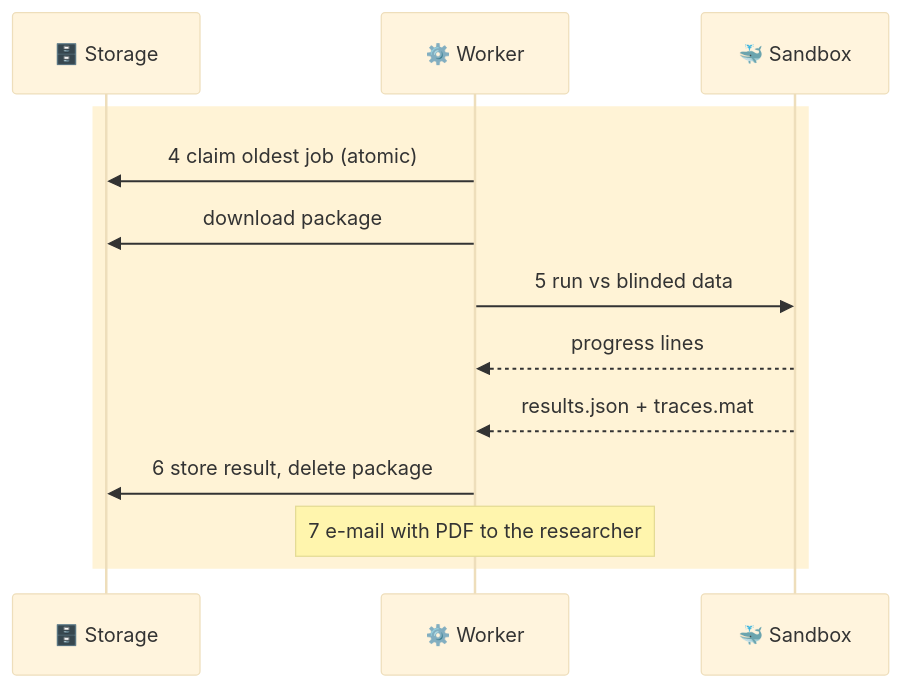
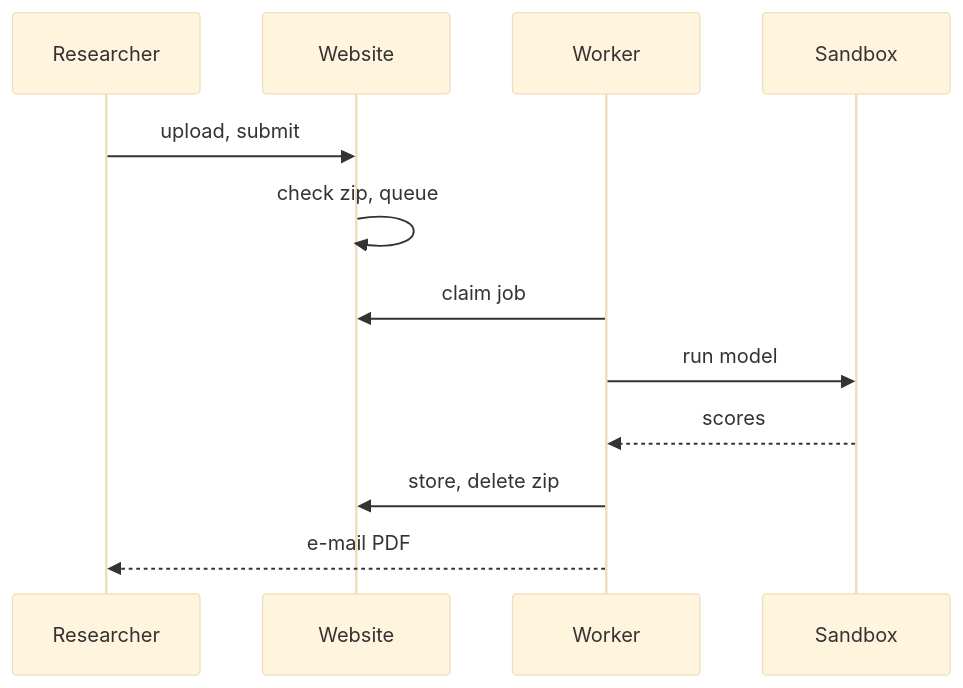
Before and after one commit to McMaster-Battery-Research-Group/battery-soc-benchmark: the third of 15 diagrams in docs/walkthrough/ALL-IN-ONE.md, drawn with Mermaid (base theme). The commit also changed other lines of this file and 53 other files, not shown here.

Commit message:
Walkthrough: rewritten shorter and plainer — 12 parts, 15 flat diagrams, glossary and reference tables at the back, no icons

````diff
--- a/docs/walkthrough/ALL-IN-ONE.md
+++ b/docs/walkthrough/ALL-IN-ONE.md
@@ -321,16 +104,14 @@
 ```mermaid
 sequenceDiagram
-    participant DB as 🗄️ Storage
-    participant K as ⚙️ Worker
-    participant S as 🐳 Sandbox
-
-    rect rgb(255,243,214)
-    K->>DB: 4 claim oldest job (atomic)
-    K->>DB: download package
-    K->>S: 5 run vs blinded data
-    S-->>K: progress lines
-    S-->>K: results.json + traces.mat
-    K->>DB: 6 store result, delete package
-    Note over K: 7 e-mail with PDF to the researcher
-    end
+    participant R as Researcher
+    participant W as Website
+    participant K as Worker
+    participant S as Sandbox
+    R->>W: upload, submit
+    W->>W: check zip, queue
+    K->>W: claim job
+    K->>S: run model
+    S-->>K: scores
+    K->>W: store, delete zip
+    K-->>R: e-mail PDF
 ```
````
